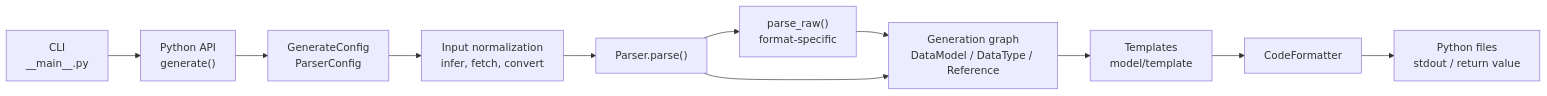
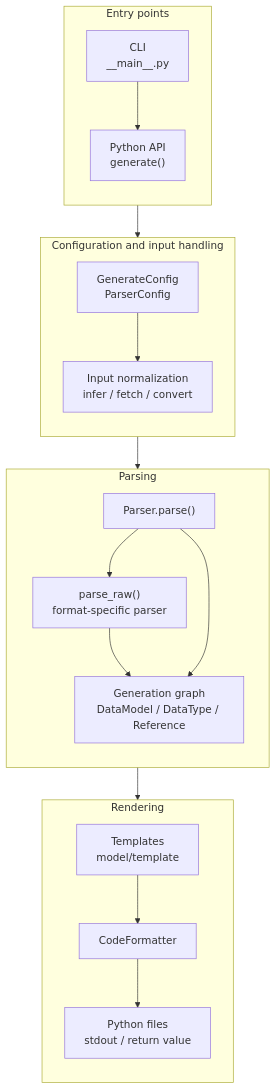
The first of 4 diagrams in docs/architecture.md (koxudaxi/datamodel-code-generator), drawn with Mermaid before and after one commit. The commit also changed 1 other file, not shown here.

Commit message:
Make architecture pipeline diagram readable

````diff
--- a/docs/architecture.md
+++ b/docs/architecture.md
@@ -11,24 +11,33 @@
 ```mermaid
-flowchart LR
-    cli["CLI\n__main__.py"]
-    api["Python API\ngenerate()"]
-    config["GenerateConfig\nParserConfig"]
-    normalize["Input normalization\ninfer, fetch, convert"]
-    parser["Parser.parse()"]
-    raw["parse_raw()\nformat-specific"]
-    model_graph["Generation graph\nDataModel / DataType / Reference"]
-    render["Templates\nmodel/template"]
-    format["CodeFormatter"]
-    output["Python files\nstdout / return value"]
+flowchart TD
+    subgraph entry["Entry points"]
+        direction TB
+        cli["CLI\n__main__.py"]
+        api["Python API\ngenerate()"]
+    end
 
-    cli --> api
-    api --> config
-    config --> normalize
-    normalize --> parser
-    parser --> raw
-    raw --> model_graph
+    subgraph setup["Configuration and input handling"]
+        direction TB
+        config["GenerateConfig\nParserConfig"]
+        normalize["Input normalization\ninfer / fetch / convert"]
+    end
+
+    subgraph parsing["Parsing"]
+        direction TB
+        parser["Parser.parse()"]
+        raw["parse_raw()\nformat-specific parser"]
+        model_graph["Generation graph\nDataModel / DataType / Reference"]
+    end
+
+    subgraph rendering["Rendering"]
+        direction TB
+        render["Templates\nmodel/template"]
+        format["CodeFormatter"]
+        output["Python files\nstdout / return value"]
+    end
+
+    cli --> api --> config --> normalize --> parser
+    parser --> raw --> model_graph
     parser --> model_graph
-    model_graph --> render
-    render --> format
-    format --> output
+    model_graph --> render --> format --> output
 ```
````
